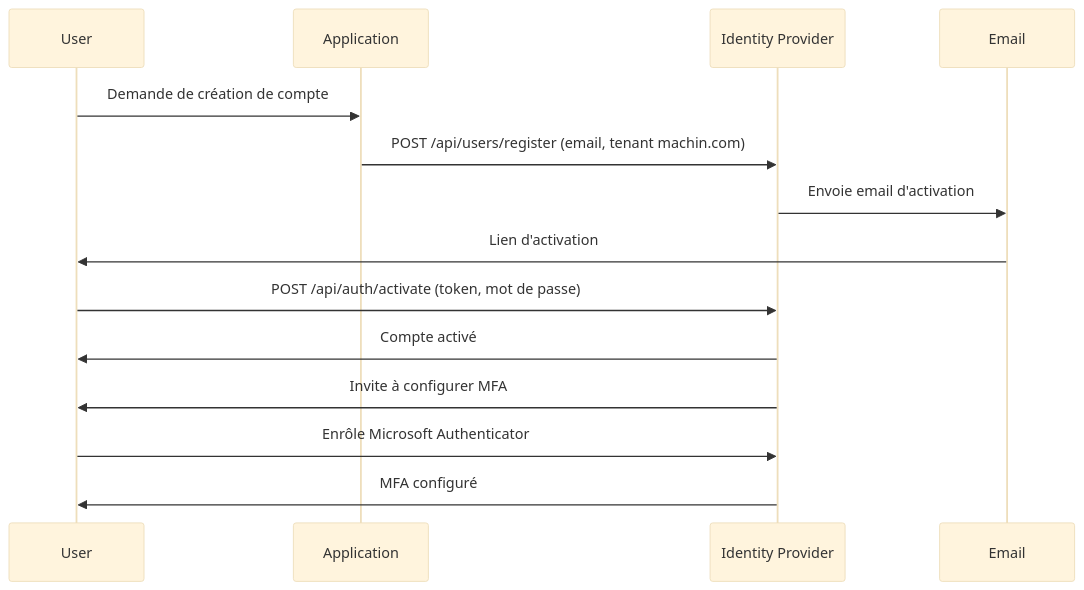
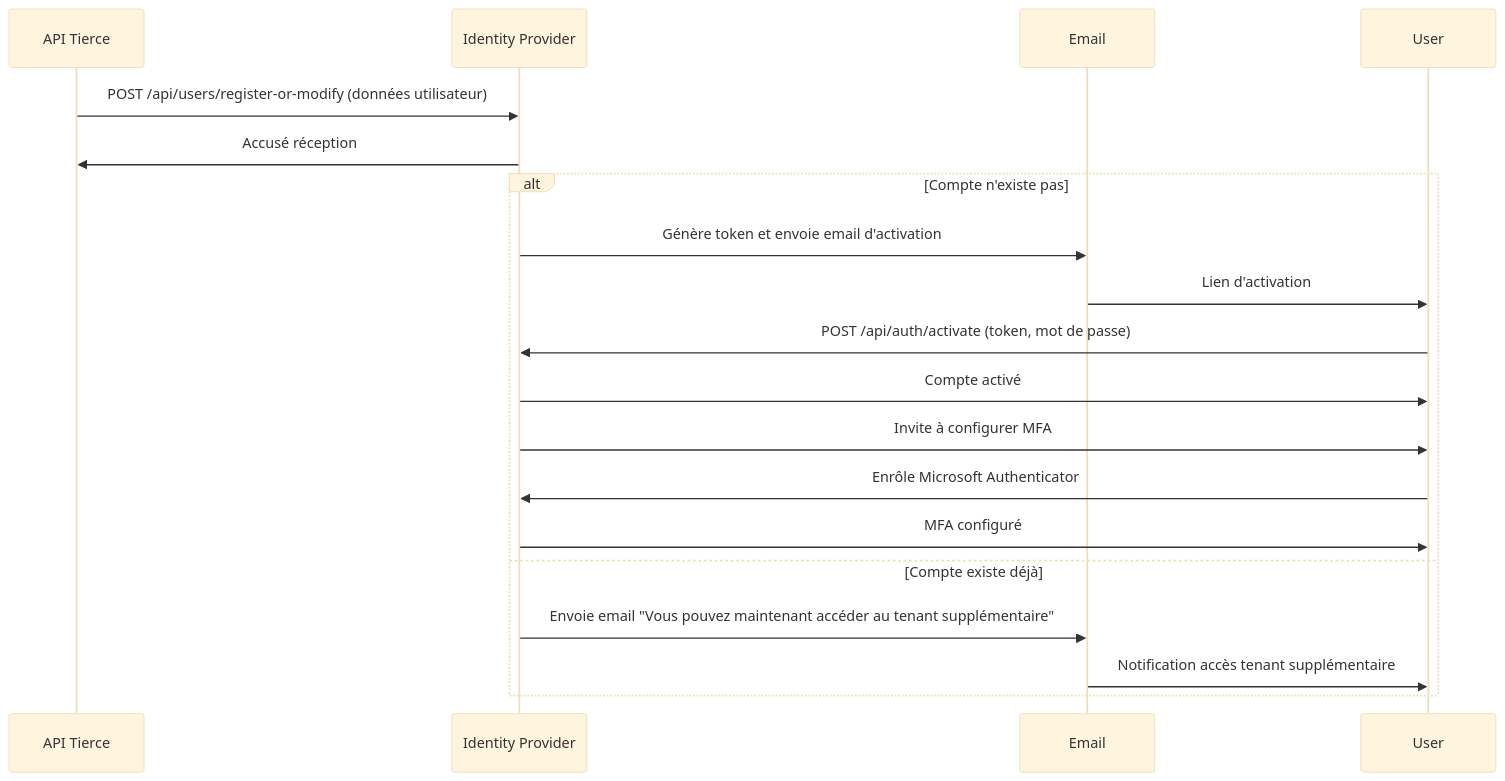
One commit to FantasticJoho/johodp changed the first of 8 diagrams in docs/identity-flows-mermaid-mfa.md. Above: the diagram before and after it, drawn with Mermaid (base theme). The commit also changed other lines of this file and 1 other file, not shown here.

Commit message:
feat: Enhance onboarding flow diagrams with MFA and API integration details

````diff
--- a/docs/identity-flows-mermaid-mfa.md
+++ b/docs/identity-flows-mermaid-mfa.md
@@ -6,17 +2,22 @@
 ```mermaid
 sequenceDiagram
-    participant User
-    participant App as Application
+    participant ApiTierce as API Tierce
     participant IdP as Identity Provider
     participant Email
+    participant User
 
-    User->>App: Demande de création de compte
-    App->>IdP: POST /api/users/register (email, tenant machin.com)
-    IdP->>Email: Envoie email d'activation
-    Email->>User: Lien d'activation
-    User->>IdP: POST /api/auth/activate (token, mot de passe)
-    IdP->>User: Compte activé
-    IdP->>User: Invite à configurer MFA
-    User->>IdP: Enrôle Microsoft Authenticator
-    IdP->>User: MFA configuré
+    ApiTierce->>IdP: POST /api/users/register-or-modify (données utilisateur)
+    IdP->>ApiTierce: Accusé réception
+    alt Compte n'existe pas
+        IdP->>Email: Génère token et envoie email d'activation
+        Email->>User: Lien d'activation
+        User->>IdP: POST /api/auth/activate (token, mot de passe)
+        IdP->>User: Compte activé
+        IdP->>User: Invite à configurer MFA
+        User->>IdP: Enrôle Microsoft Authenticator
+        IdP->>User: MFA configuré
+    else Compte existe déjà
+        IdP->>Email: Envoie email "Vous pouvez maintenant accéder au tenant supplémentaire"
+        Email->>User: Notification accès tenant supplémentaire
+    end
 ```
````
